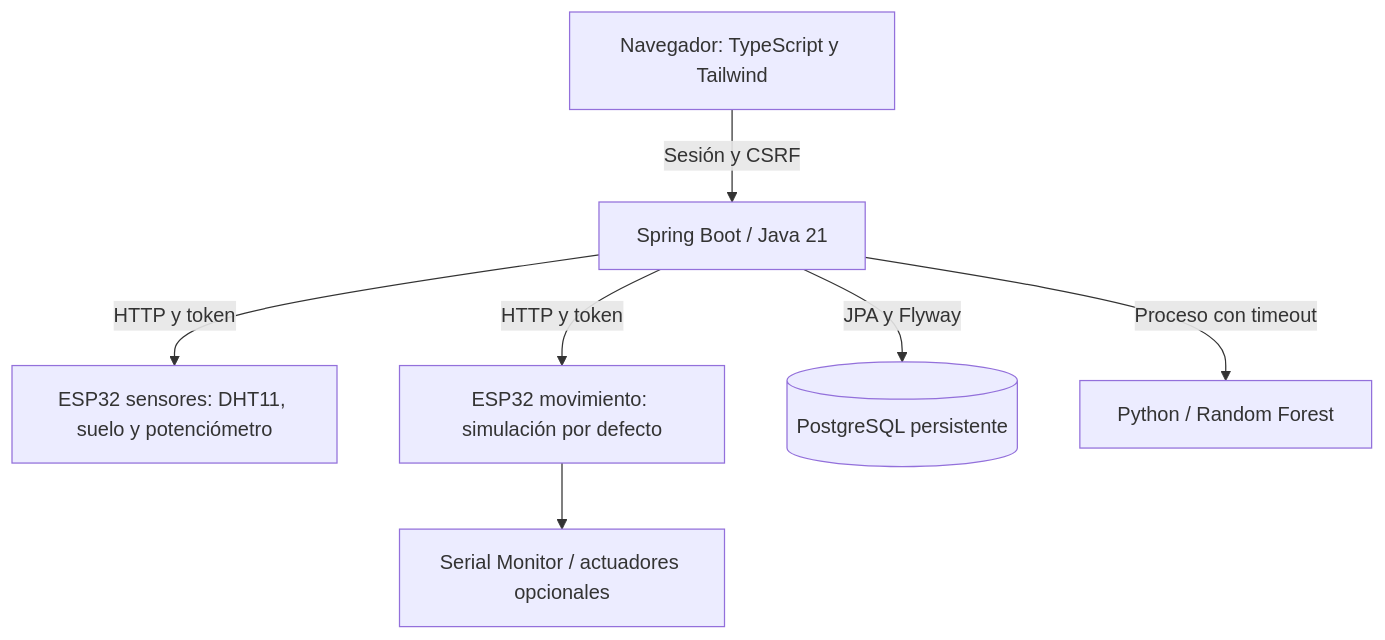
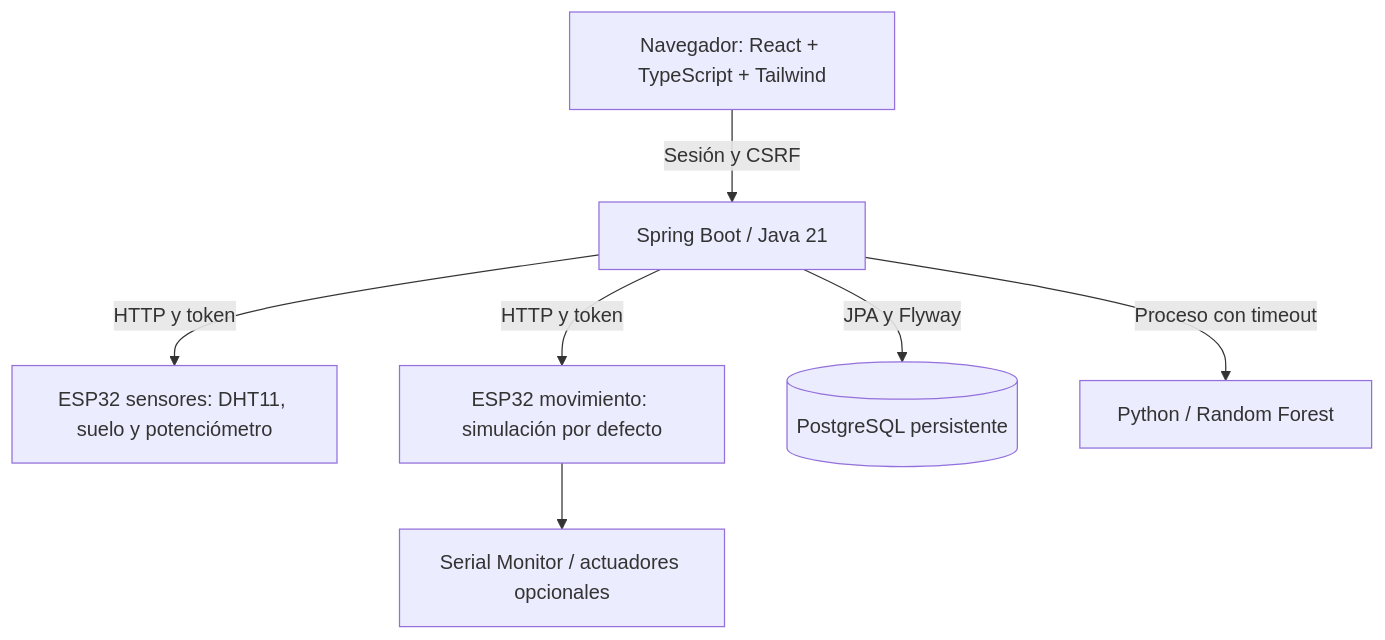
The diagram in README.md (leonardolandeo-a11y/PlantClassifier), drawn with Mermaid before and after one commit. The commit also changed other lines of this file and 94 other files, not shown here.

````diff
--- a/README.md
+++ b/README.md
@@ -14,9 +14,9 @@
 ```mermaid
 flowchart TD
-    UI[Navegador: TypeScript y Tailwind] -->|Sesión y CSRF| API[Spring Boot / Java 21]
+    UI[Navegador: React + TypeScript + Tailwind] -->|Sesión y CSRF| API[Spring Boot / Java 21]
     API -->|HTTP y token| SENSOR[ESP32 sensores: DHT11, suelo y potenciómetro]
     API -->|HTTP y token| MOTOR[ESP32 movimiento: simulación por defecto]
     API -->|JPA y Flyway| DB[(PostgreSQL persistente)]
     API -->|Proceso con timeout| ML[Python / Random Forest]
     MOTOR --> SERIAL[Serial Monitor / actuadores opcionales]
 ```
````
